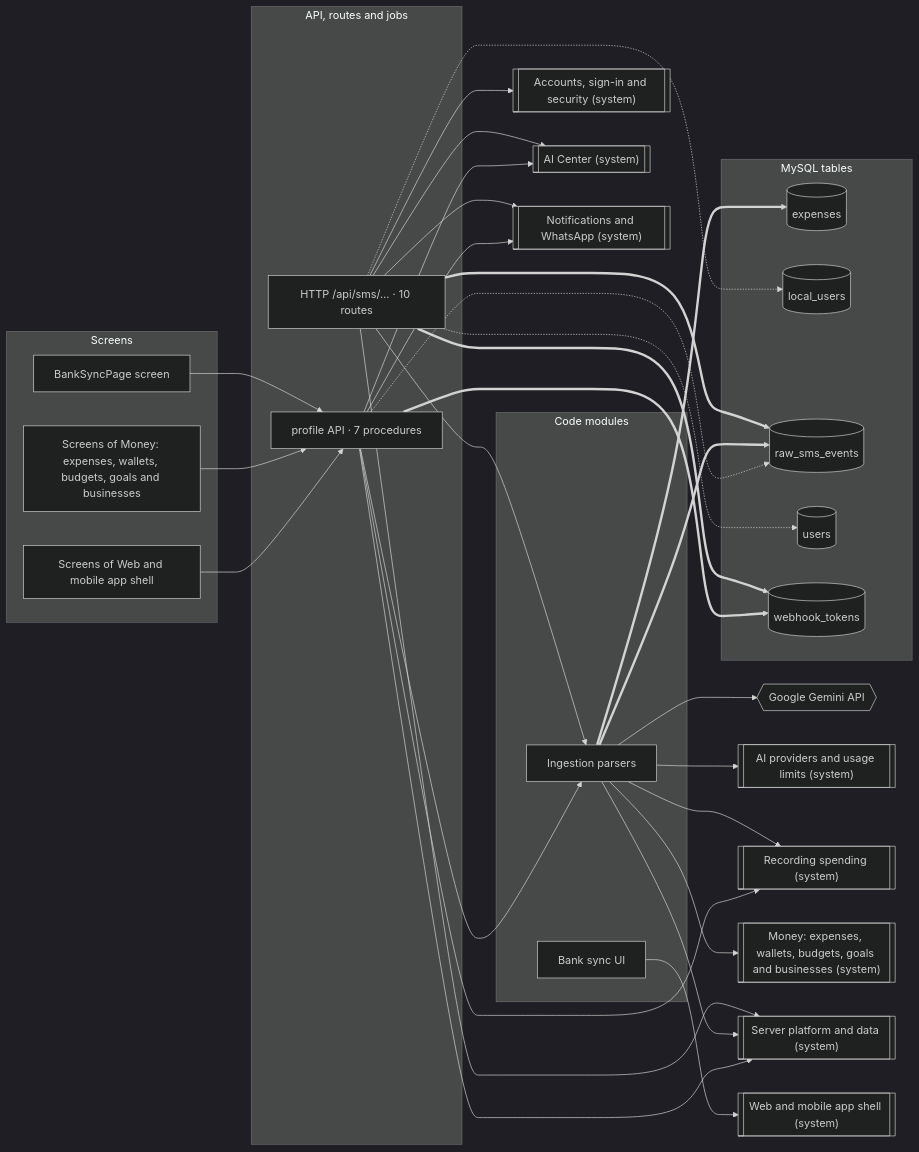
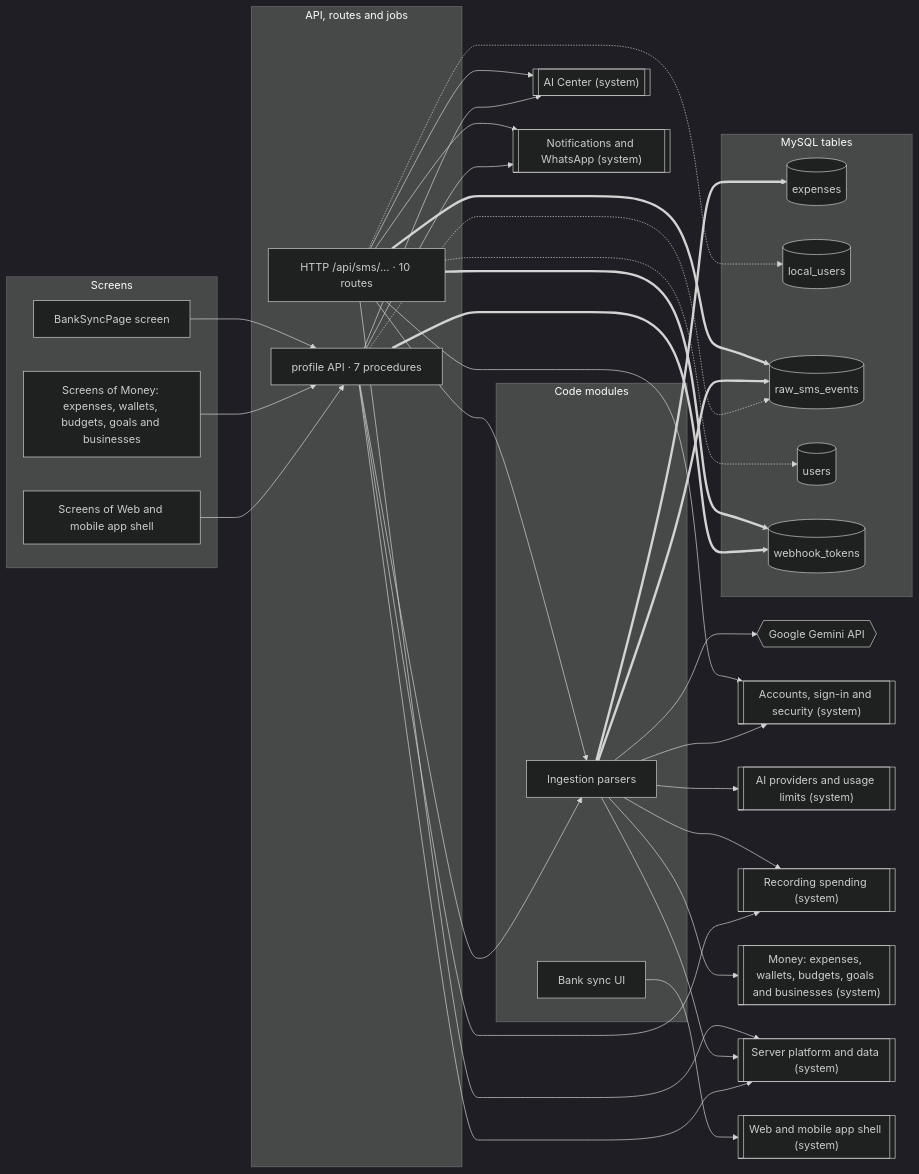
The first of 2 diagrams in docs/atlas/systems/bank-messages.md (mahmoudtaherr111/smartspend_mini_all), drawn with Mermaid (dark theme) before and after one commit. The commit also changed other lines of this file and 42 other files, not shown here.

````diff
--- a/docs/atlas/systems/bank-messages.md
+++ b/docs/atlas/systems/bank-messages.md
@@ -13,59 +13,60 @@
 ```mermaid
 flowchart LR
   subgraph g_screens["Screens"]
     page_BankSyncPage["BankSyncPage screen"]
     screens_money["Screens of Money: expenses, wallets, budgets, goals and businesses"]
     screens_web_app["Screens of Web and mobile app shell"]
   end
   subgraph g_api["API, routes and jobs"]
     http__api_sms["HTTP /api/sms/… · 10 routes"]
     router_profile["profile API · 7 procedures"]
   end
   subgraph g_modules["Code modules"]
     mod_ingestion_parsers["Ingestion parsers"]
     mod_web_bank_sync["Bank sync UI"]
   end
   subgraph g_tables["MySQL tables"]
     tbl_expenses[("expenses")]
     tbl_local_users[("local_users")]
     tbl_raw_sms_events[("raw_sms_events")]
     tbl_users[("users")]
     tbl_webhook_tokens[("webhook_tokens")]
   end
   ext_gemini{{"Google Gemini API"}}
   sys_accounts[["Accounts, sign-in and security (system)"]]
   sys_ai_center[["AI Center (system)"]]
   sys_ai_platform[["AI providers and usage limits (system)"]]
   sys_expense_capture[["Recording spending (system)"]]
   sys_money[["Money: expenses, wallets, budgets, goals and businesses (system)"]]
   sys_notifications[["Notifications and WhatsApp (system)"]]
   sys_platform[["Server platform and data (system)"]]
   sys_web_app[["Web and mobile app shell (system)"]]
   http__api_sms --> mod_ingestion_parsers
   http__api_sms --> sys_accounts
   http__api_sms --> sys_ai_center
   http__api_sms --> sys_notifications
   http__api_sms --> sys_platform
   http__api_sms -.-> tbl_local_users
   http__api_sms -.-> tbl_users
   http__api_sms ==> tbl_raw_sms_events
   http__api_sms ==> tbl_webhook_tokens
   mod_ingestion_parsers --> ext_gemini
+  mod_ingestion_parsers --> sys_accounts
   mod_ingestion_parsers --> sys_ai_platform
   mod_ingestion_parsers --> sys_expense_capture
   mod_ingestion_parsers --> sys_money
   mod_ingestion_parsers --> sys_platform
   mod_ingestion_parsers ==> tbl_expenses
   mod_ingestion_parsers ==> tbl_raw_sms_events
   mod_web_bank_sync --> sys_web_app
   page_BankSyncPage --> router_profile
   router_profile --> mod_ingestion_parsers
   router_profile --> sys_ai_center
   router_profile --> sys_expense_capture
   router_profile --> sys_notifications
   router_profile --> sys_platform
   router_profile -.-> tbl_raw_sms_events
   router_profile ==> tbl_webhook_tokens
   screens_money --> router_profile
   screens_web_app --> router_profile
 ```
````
